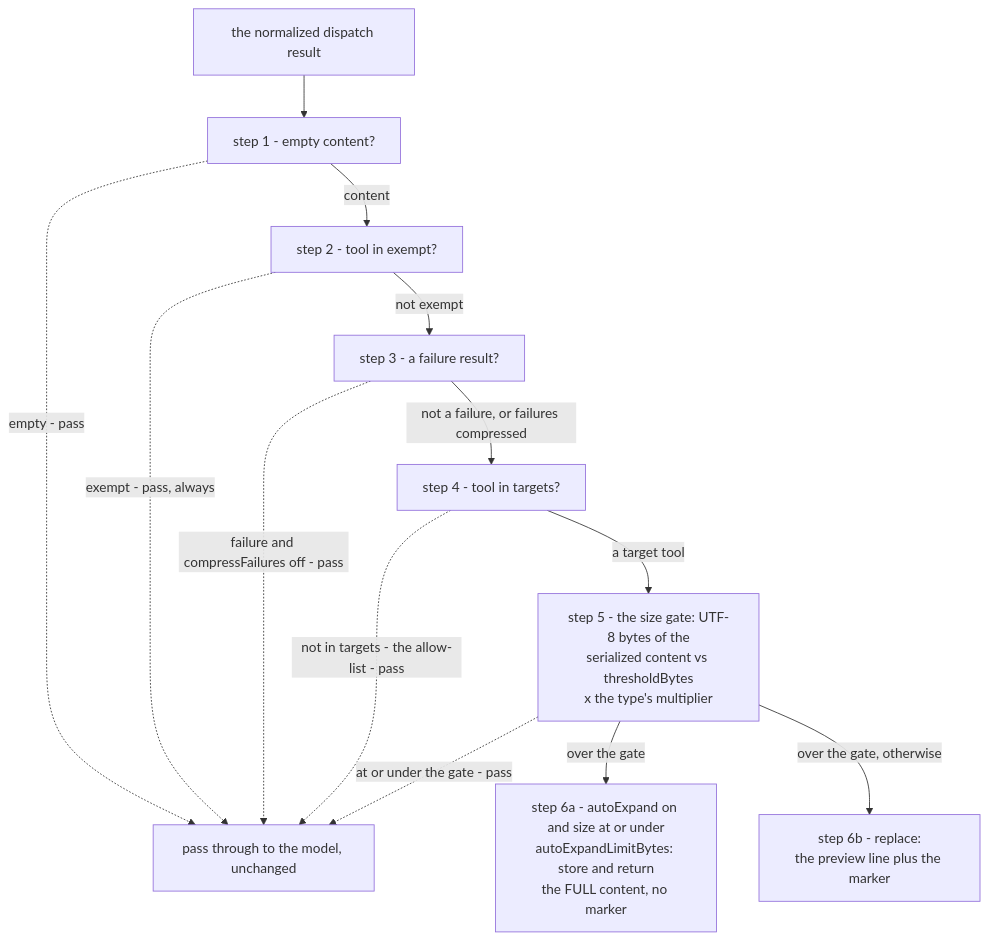
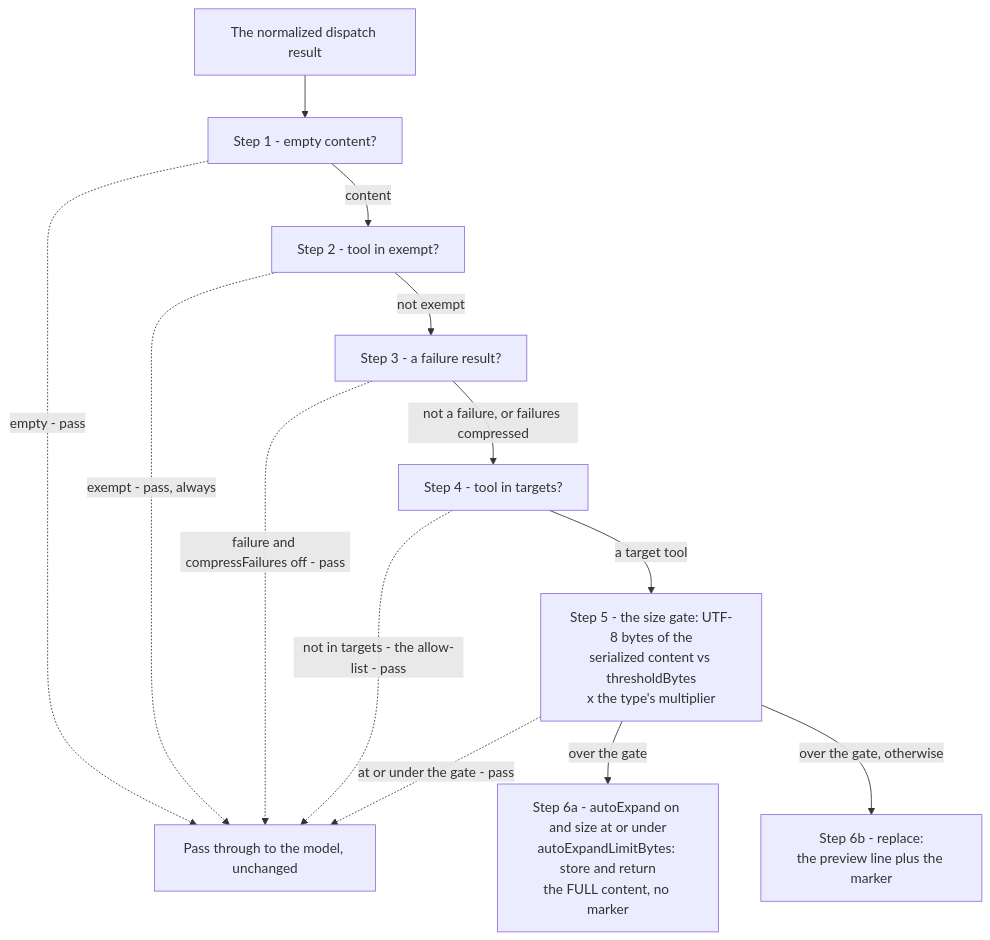
One commit to PlayForm/Site-DeepSeek changed the diagram in Source/Content/Mermaid/ccr-gate.mmd. Above: the diagram before and after it, drawn with Mermaid. The commit also changed 108 other files, not shown here.

```diff
--- a/Source/Content/Mermaid/ccr-gate.mmd
+++ b/Source/Content/Mermaid/ccr-gate.mmd
@@ -1,13 +1,13 @@
 flowchart TB
-	RES["the normalized dispatch result"] --> G1["step 1 - empty content?"]
-	G1 -. "empty - pass" .-> PASS["pass through to the model, unchanged"]
-	G1 -- "content" --> G2["step 2 - tool in exempt?"]
+	RES["The normalized dispatch result"] --> G1["Step 1 - empty content?"]
+	G1 -. "empty - pass" .-> PASS["Pass through to the model, unchanged"]
+	G1 -- "content" --> G2["Step 2 - tool in exempt?"]
 	G2 -. "exempt - pass, always" .-> PASS
-	G2 -- "not exempt" --> G3["step 3 - a failure result?"]
+	G2 -- "not exempt" --> G3["Step 3 - a failure result?"]
 	G3 -. "failure and compressFailures off - pass" .-> PASS
-	G3 -- "not a failure, or failures compressed" --> G4["step 4 - tool in targets?"]
+	G3 -- "not a failure, or failures compressed" --> G4["Step 4 - tool in targets?"]
 	G4 -. "not in targets - the allow-list - pass" .-> PASS
-	G4 -- "a target tool" --> G5["step 5 - the size gate: UTF-8 bytes of the<br/>serialized content vs thresholdBytes<br/>x the type's multiplier"]
+	G4 -- "a target tool" --> G5["Step 5 - the size gate: UTF-8 bytes of the<br/>serialized content vs thresholdBytes<br/>x the type's multiplier"]
 	G5 -. "at or under the gate - pass" .-> PASS
-	G5 -- "over the gate" --> FULL["step 6a - autoExpand on and size at or under<br/>autoExpandLimitBytes: store and return<br/>the FULL content, no marker"]
-	G5 -- "over the gate, otherwise" --> REP["step 6b - replace:<br/>the preview line plus the marker"]
+	G5 -- "over the gate" --> FULL["Step 6a - autoExpand on and size at or under<br/>autoExpandLimitBytes: store and return<br/>the FULL content, no marker"]
+	G5 -- "over the gate, otherwise" --> REP["Step 6b - replace:<br/>the preview line plus the marker"]
```
